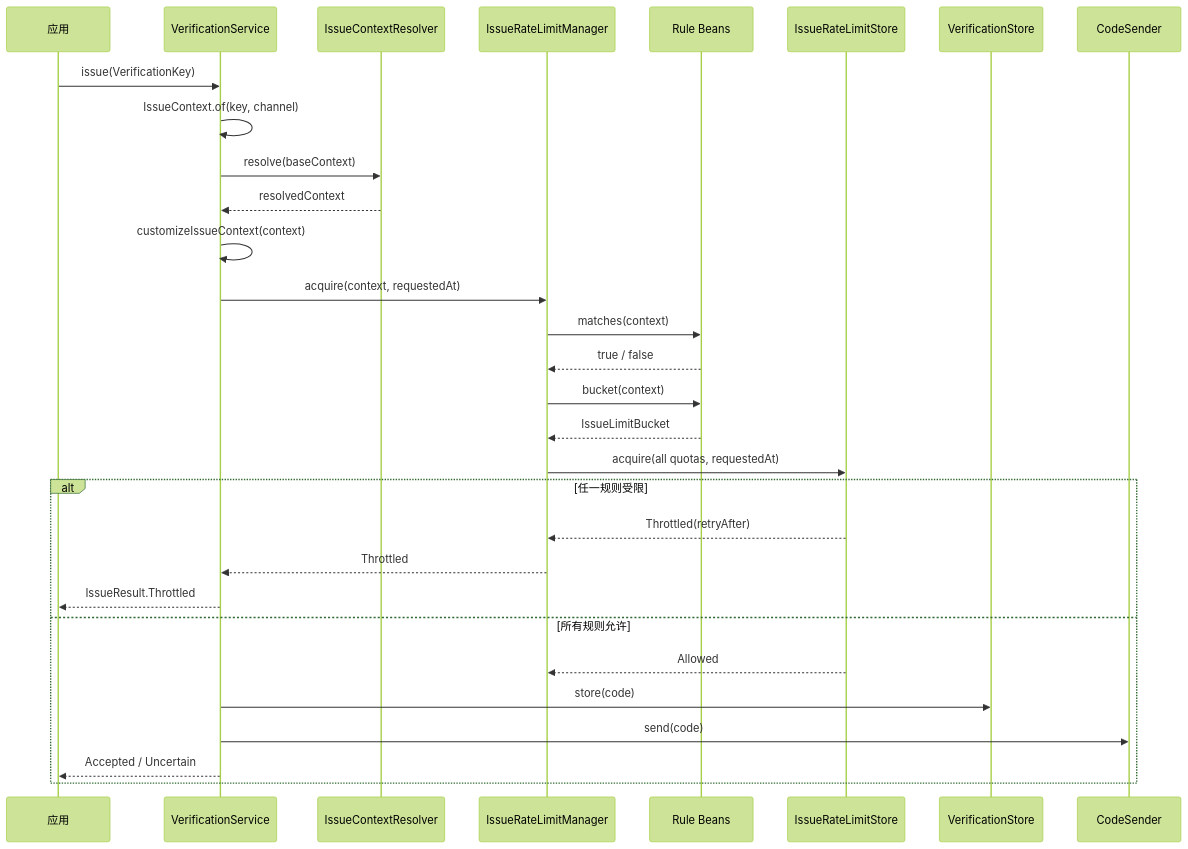
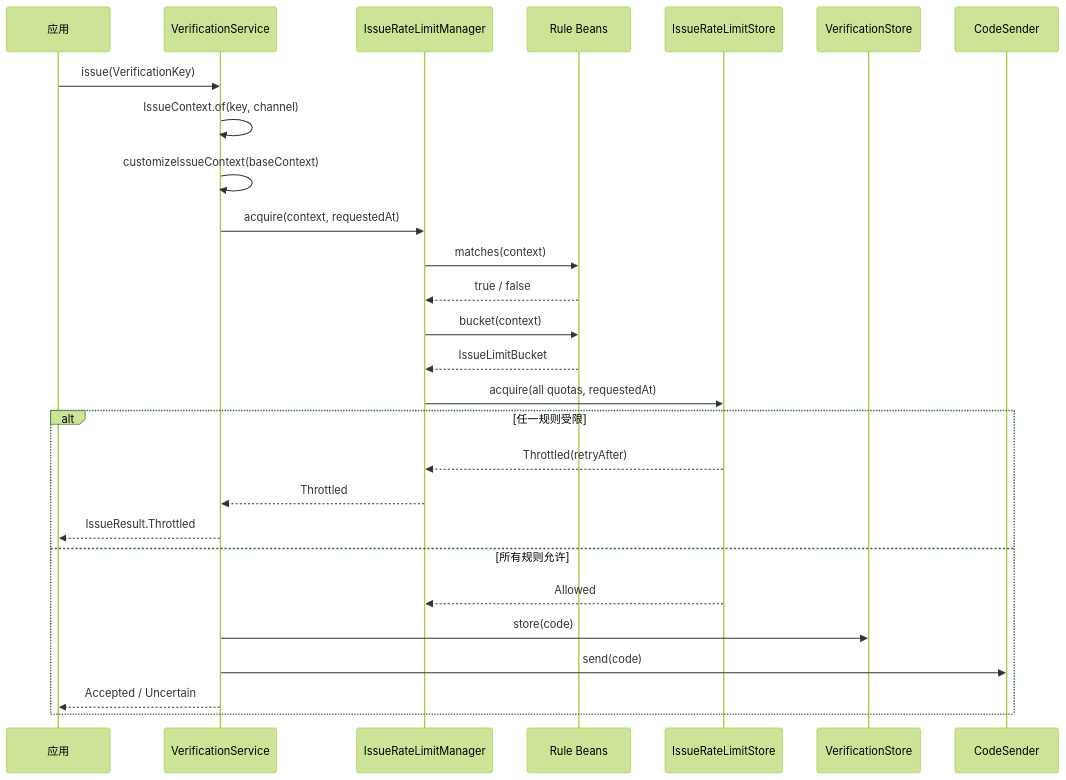
Before and after one commit to RingoTangs/ringo-boot: the second of 2 diagrams in ringo-boot-verification/src/main/java/io/github/ringotangs/ringoboot/verification/limit/README.md, drawn with Mermaid (forest theme). The commit also changed other lines of this file and 12 other files, not shown here.

Commit message:
refactor: Remove unused IssueContextResolver and related parameters from Email/SmsVerificationService

````diff
--- a/ringo-boot-verification/src/main/java/io/github/ringotangs/ringoboot/verification/limit/README.md
+++ b/ringo-boot-verification/src/main/java/io/github/ringotangs/ringoboot/verification/limit/README.md
@@ -190,33 +195,30 @@
 ```mermaid
 sequenceDiagram
     participant App as 应用
     participant Service as VerificationService
-    participant Resolver as IssueContextResolver
     participant Manager as IssueRateLimitManager
     participant Rule as Rule Beans
     participant LimitStore as IssueRateLimitStore
     participant CodeStore as VerificationStore
     participant Sender as CodeSender
 
     App->>Service: issue(VerificationKey)
     Service->>Service: IssueContext.of(key, channel)
-    Service->>Resolver: resolve(baseContext)
-    Resolver-->>Service: resolvedContext
-    Service->>Service: customizeIssueContext(context)
+    Service->>Service: customizeIssueContext(baseContext)
     Service->>Manager: acquire(context, requestedAt)
     Manager->>Rule: matches(context)
     Rule-->>Manager: true / false
     Manager->>Rule: bucket(context)
     Rule-->>Manager: IssueLimitBucket
     Manager->>LimitStore: acquire(all quotas, requestedAt)
     alt 任一规则受限
         LimitStore-->>Manager: Throttled(retryAfter)
         Manager-->>Service: Throttled
         Service-->>App: IssueResult.Throttled
     else 所有规则允许
         LimitStore-->>Manager: Allowed
         Service->>CodeStore: store(code)
         Service->>Sender: send(code)
         Service-->>App: Accepted / Uncertain
     end
 ```
````
